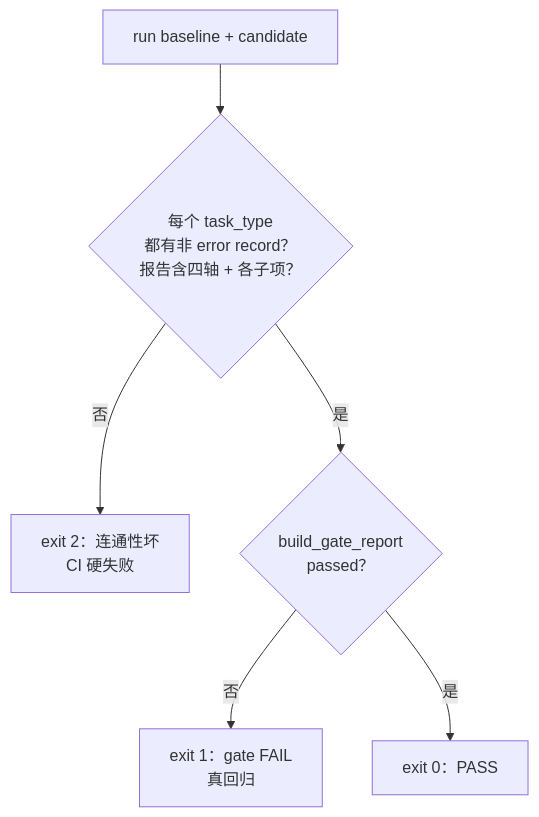
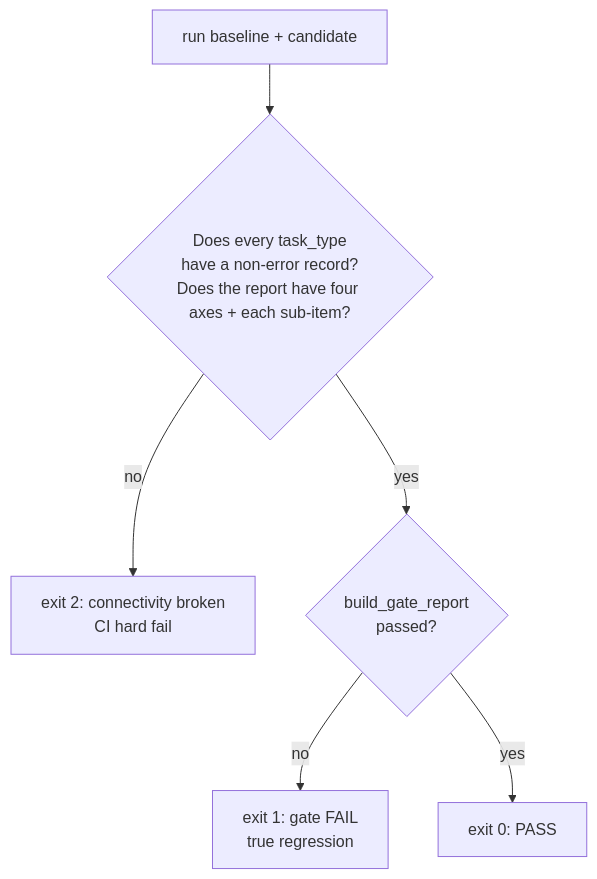
One commit to AndyUneducated/eval-gate changed the second of 2 diagrams in docs/PHASE_12_PLAN.md. Above: the diagram before and after it, drawn with Mermaid. The commit also changed other lines of this file and 22 other files, not shown here.

````diff
--- a/docs/PHASE_12_PLAN.md
+++ b/docs/PHASE_12_PLAN.md
@@ -42,8 +42,8 @@
 ```mermaid
 flowchart TD
-  Start["run baseline + candidate"] --> Conn{"每个 task_type<br/>都有非 error record？<br/>报告含四轴 + 各子项？"}
-  Conn -->|否| E2["exit 2：连通性坏<br/>CI 硬失败"]
-  Conn -->|是| Gate{"build_gate_report<br/>passed？"}
-  Gate -->|否| E1["exit 1：gate FAIL<br/>真回归"]
-  Gate -->|是| E0["exit 0：PASS"]
+  Start["run baseline + candidate"] --> Conn{"Does every task_type<br/>have a non-error record?<br/>Does the report have four axes + each sub-item?"}
+  Conn -->|no| E2["exit 2: connectivity broken<br/>CI hard fail"]
+  Conn -->|yes| Gate{"build_gate_report<br/>passed?"}
+  Gate -->|no| E1["exit 1: gate FAIL<br/>true regression"]
+  Gate -->|yes| E0["exit 0: PASS"]
 ```
````
